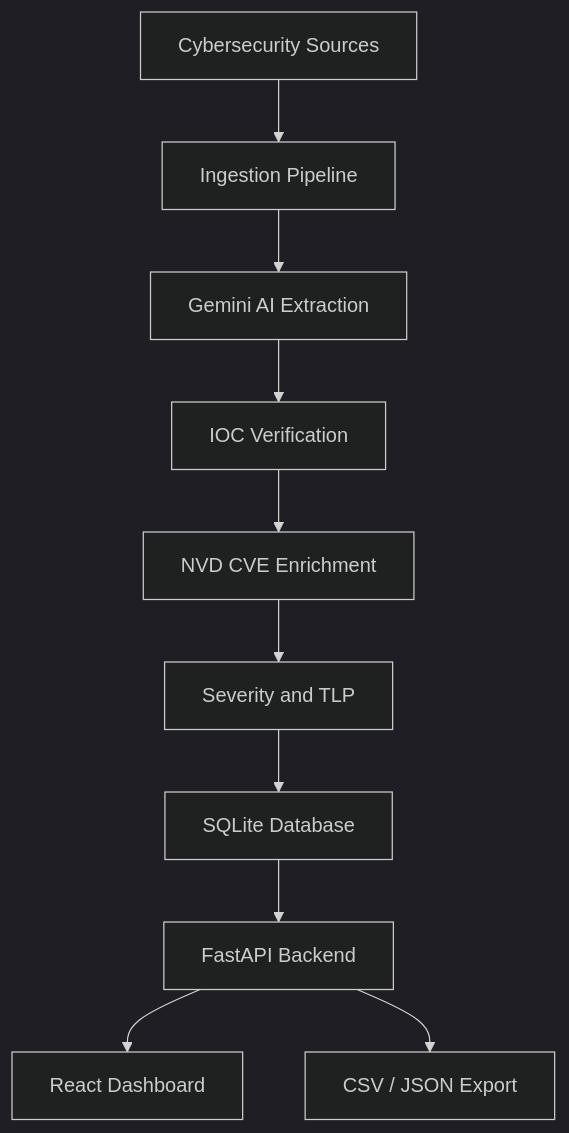
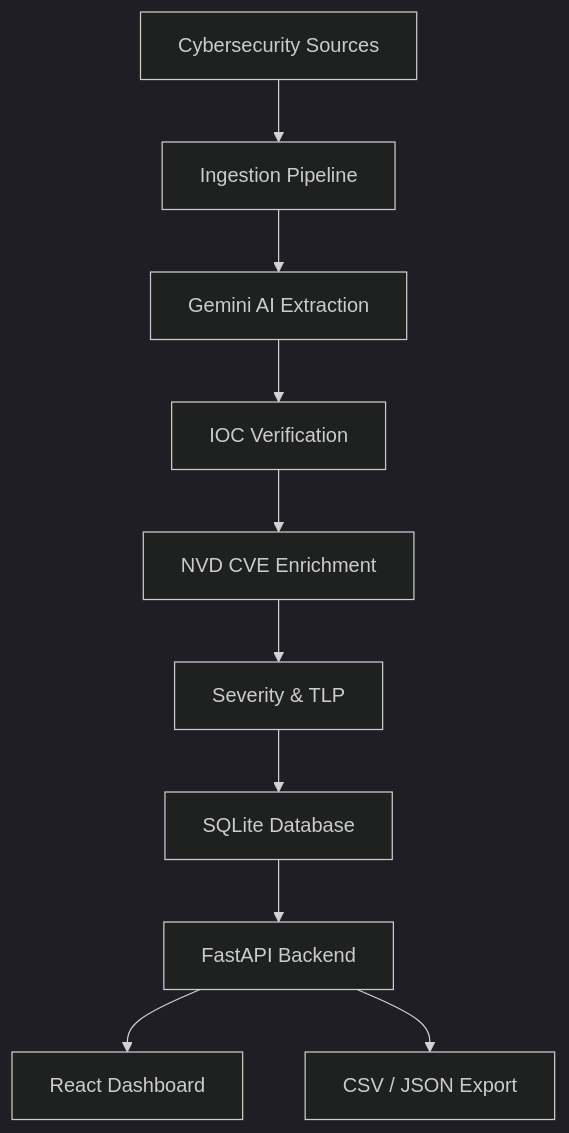
Before and after one commit to Shailesh-Sharma369/IOCPulse: the diagram in README.md, drawn with Mermaid (dark theme).

Commit message:
feat: launch-ready v1.01 —Fixed Readme and Gemini, SQLite, CVE enrichment, severity/TLP, Docker - All Ok

````diff
--- a/README.md
+++ b/README.md
@@ -48,12 +48,12 @@
 ```mermaid
 flowchart TD
-    A[Cybersecurity Sources] --> B[Ingestion Pipeline]
-    B --> C[Gemini AI Extraction]
-    C --> D[IOC Verification]
-    D --> E[NVD CVE Enrichment]
-    E --> F[Severity and TLP]
-    F --> G[SQLite Database]
-    G --> H[FastAPI Backend]
-    H --> I[React Dashboard]
-    H --> J[CSV / JSON Export]
+    A["Cybersecurity Sources"] --> B["Ingestion Pipeline"]
+    B --> C["Gemini AI Extraction"]
+    C --> D["IOC Verification"]
+    D --> E["NVD CVE Enrichment"]
+    E --> F["Severity & TLP"]
+    F --> G["SQLite Database"]
+    G --> H["FastAPI Backend"]
+    H --> I["React Dashboard"]
+    H --> J["CSV / JSON Export"]
 ```
````
